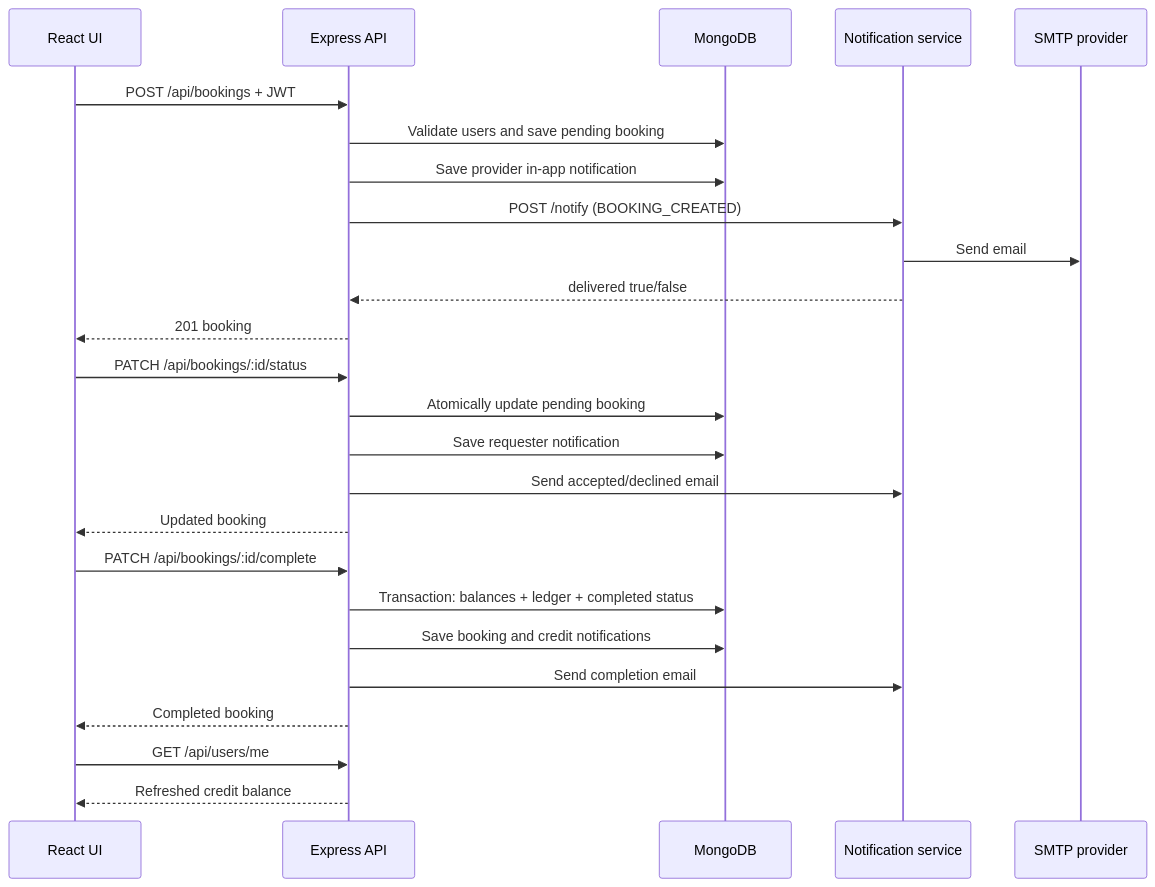
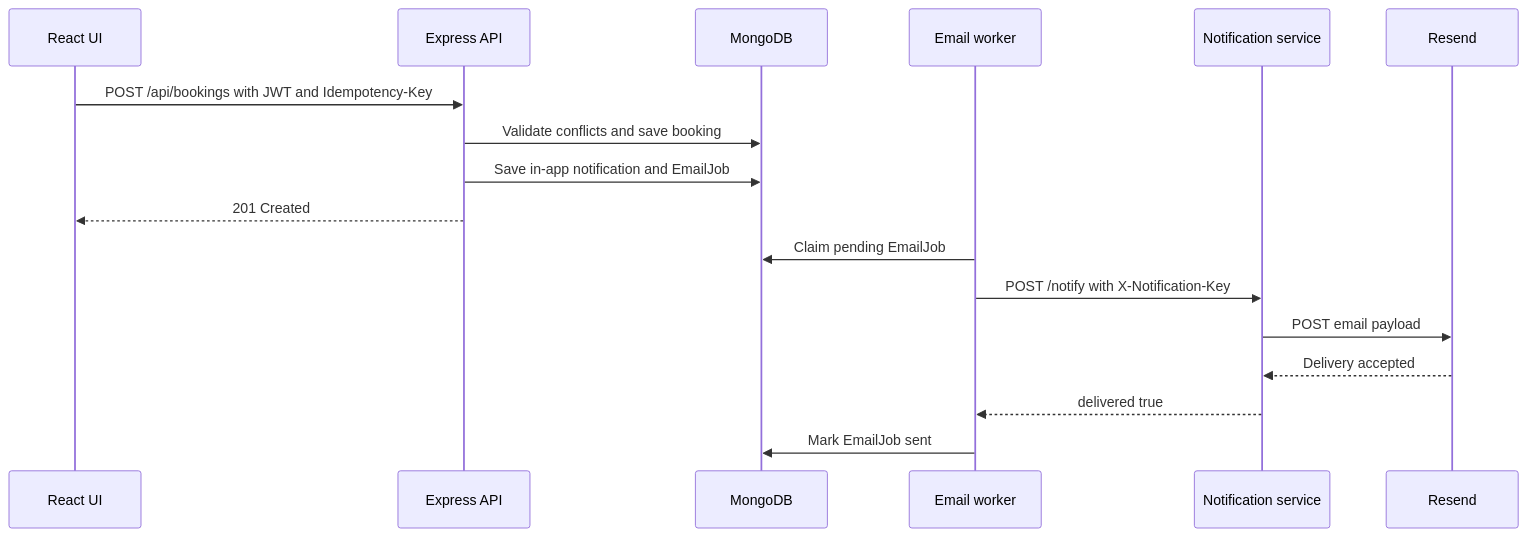
The fifth of 5 diagrams in README.md (eeemrann/skillswap), drawn with Mermaid before and after one commit. The commit also changed other lines of this file and 1 other file, not shown here.

````diff
--- a/README.md
+++ b/README.md
@@ -219,30 +188,20 @@
 ```mermaid
 sequenceDiagram
     participant UI as React UI
     participant API as Express API
     participant DB as MongoDB
+    participant Worker as Email worker
     participant NS as Notification service
-    participant SMTP as SMTP provider
+    participant Provider as Resend
 
-    UI->>API: POST /api/bookings + JWT
-    API->>DB: Validate users and save pending booking
-    API->>DB: Save provider in-app notification
-    API->>NS: POST /notify (BOOKING_CREATED)
-    NS->>SMTP: Send email
-    NS-->>API: delivered true/false
-    API-->>UI: 201 booking
-
-    UI->>API: PATCH /api/bookings/:id/status
-    API->>DB: Atomically update pending booking
-    API->>DB: Save requester notification
-    API->>NS: Send accepted/declined email
-    API-->>UI: Updated booking
-
-    UI->>API: PATCH /api/bookings/:id/complete
-    API->>DB: Transaction: balances + ledger + completed status
-    API->>DB: Save booking and credit notifications
-    API->>NS: Send completion email
-    API-->>UI: Completed booking
-    UI->>API: GET /api/users/me
-    API-->>UI: Refreshed credit balance
+    UI->>API: POST /api/bookings with JWT and Idempotency-Key
+    API->>DB: Validate conflicts and save booking
+    API->>DB: Save in-app notification and EmailJob
+    API-->>UI: 201 Created
+    Worker->>DB: Claim pending EmailJob
+    Worker->>NS: POST /notify with X-Notification-Key
+    NS->>Provider: POST email payload
+    Provider-->>NS: Delivery accepted
+    NS-->>Worker: delivered true
+    Worker->>DB: Mark EmailJob sent
 ```
````
